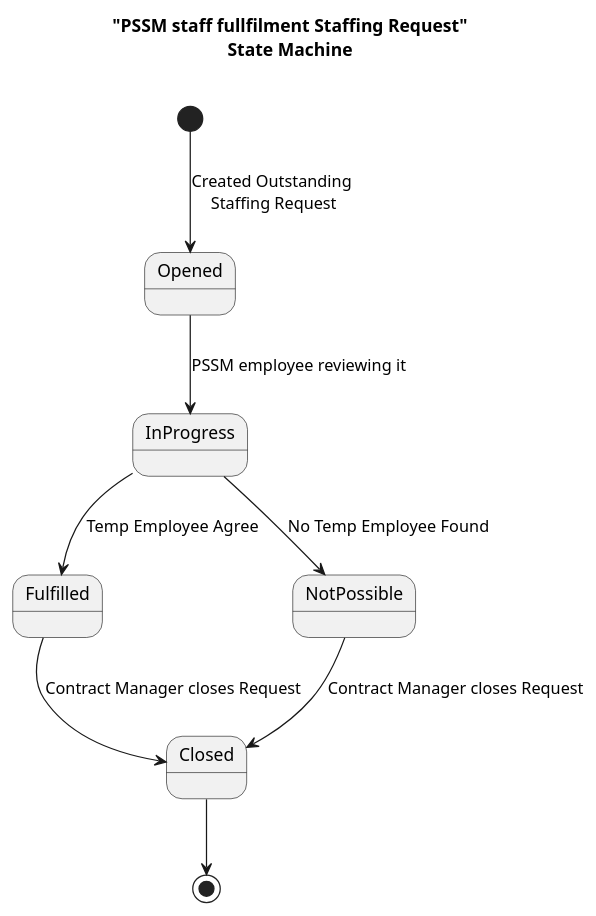
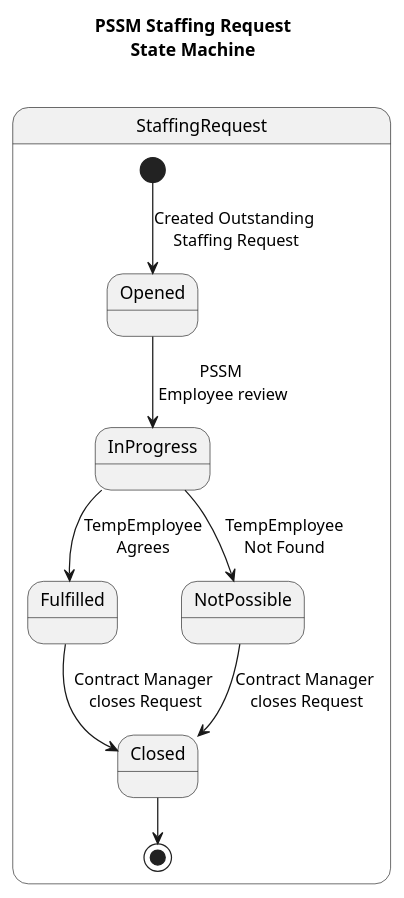
One commit to Nuissance/CIS641-capstone changed the diagram in Analysis/behavioral/PSSM_staff_fullfilment_sm.puml. Above: the diagram before and after it, drawn with PlantUML. The commit also changed 2 other files, not shown here.

Commit message:
state machine laid out

```diff
--- a/Analysis/behavioral/PSSM_staff_fullfilment_sm.puml
+++ b/Analysis/behavioral/PSSM_staff_fullfilment_sm.puml
@@ -1,13 +1,15 @@
 @startuml
 skinparam monochrome true
-title "PSSM staff fullfilment Staffing Request"\nState Machine\n
+title PSSM Staffing Request\nState Machine\n
 
-[*] --> Opened : Created Outstanding \nStaffing Request
-Opened --> InProgress: PSSM employee reviewing it
-InProgress --> Fulfilled: Temp Employee Agree
-InProgress --> NotPossible: No Temp Employee Found
-Fulfilled --> Closed : Contract Manager closes Request
-NotPossible --> Closed : Contract Manager closes Request
-Closed --> [*]
+state StaffingRequest {
+  [*] --> Opened : Created Outstanding \nStaffing Request
+  Opened --> InProgress: PSSM\n Employee review
+  InProgress --> Fulfilled: TempEmployee\nAgrees
+  InProgress --> NotPossible: TempEmployee\nNot Found
+  Fulfilled --> Closed : Contract Manager \ncloses Request
+  NotPossible --> Closed : Contract Manager \ncloses Request
+  Closed --> [*]
+}
 
 @enduml
```
